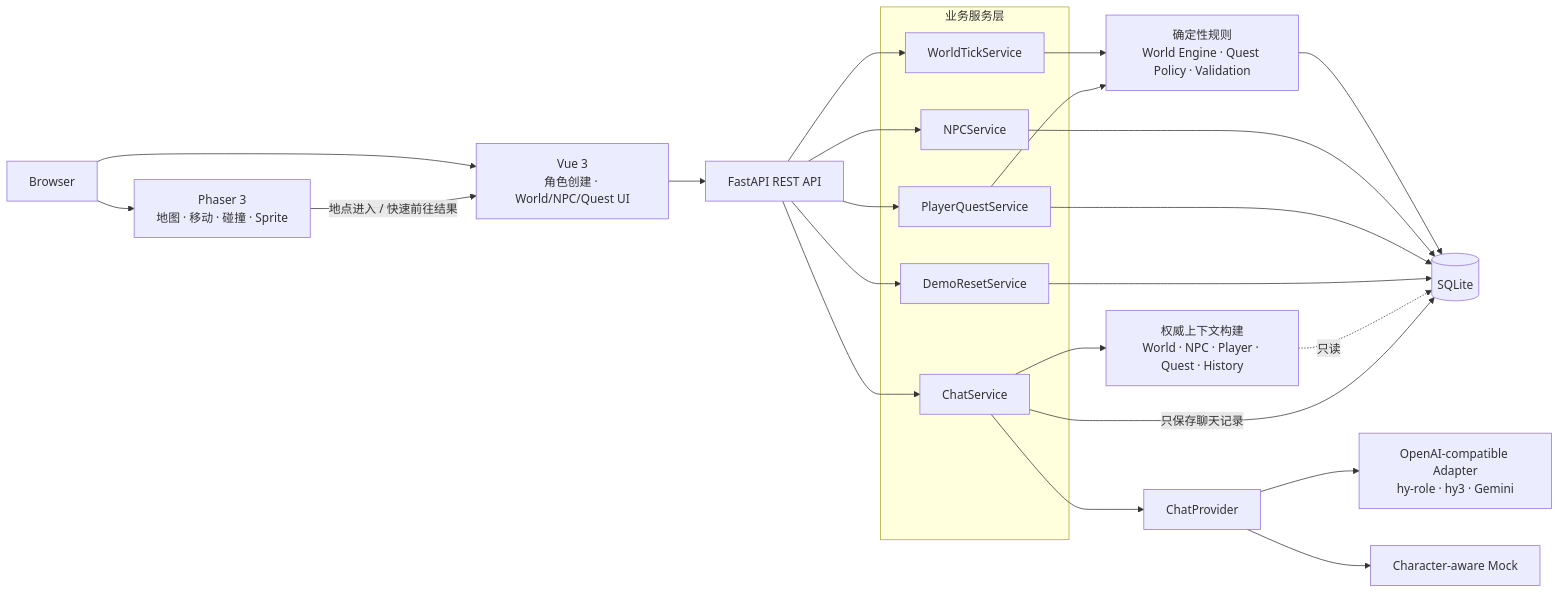
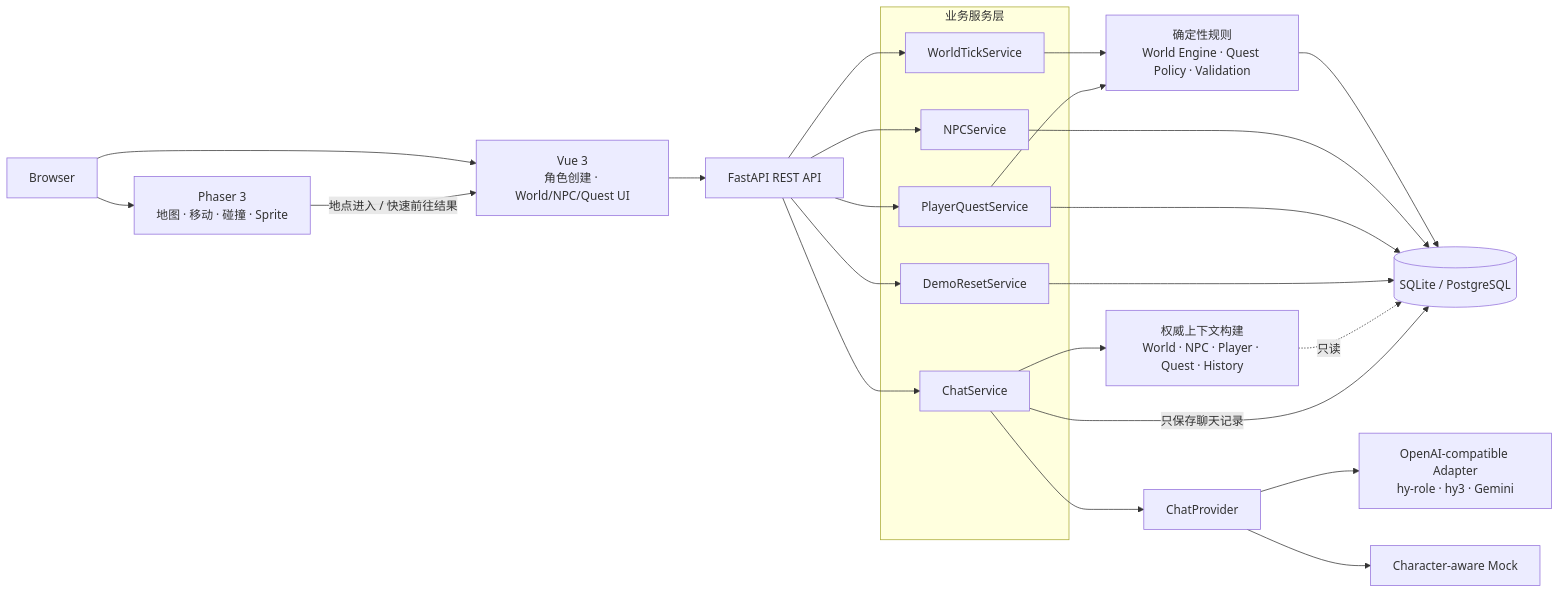
The diagram in README.md (DavidYz1/Aleria_AI_Town), drawn with Mermaid before and after one commit. The commit also changed other lines of this file and 21 other files, not shown here.

Commit message:
feat: add PostgreSQL persistence and Docker Compose database setup

````diff
--- a/README.md
+++ b/README.md
@@ -150,38 +150,38 @@
 ```mermaid
 flowchart LR
     Browser["Browser"]
     Vue["Vue 3<br/>角色创建 · World/NPC/Quest UI"]
     Phaser["Phaser 3<br/>地图 · 移动 · 碰撞 · Sprite"]
     API["FastAPI REST API"]
 
     subgraph Services["业务服务层"]
         WorldService["WorldTickService"]
         NPCService["NPCService"]
         QuestService["PlayerQuestService"]
         ChatService["ChatService"]
         ResetService["DemoResetService"]
     end
 
     Rules["确定性规则<br/>World Engine · Quest Policy · Validation"]
     Context["权威上下文构建<br/>World · NPC · Player · Quest · History"]
     Provider["ChatProvider"]
     Compatible["OpenAI-compatible Adapter<br/>hy-role · hy3 · Gemini"]
     Mock["Character-aware Mock"]
-    SQLite[("SQLite")]
+    SQLite[("SQLite / PostgreSQL")]
 
     Browser --> Vue
     Browser --> Phaser
     Phaser -->|地点进入 / 快速前往结果| Vue
     Vue --> API
     API --> WorldService --> Rules --> SQLite
     API --> NPCService --> SQLite
     API --> QuestService --> Rules
     QuestService --> SQLite
     API --> ResetService --> SQLite
     API --> ChatService --> Context
     Context -.只读.-> SQLite
     ChatService --> Provider
     Provider --> Compatible
     Provider --> Mock
     ChatService -->|只保存聊天记录| SQLite
 ```
````
